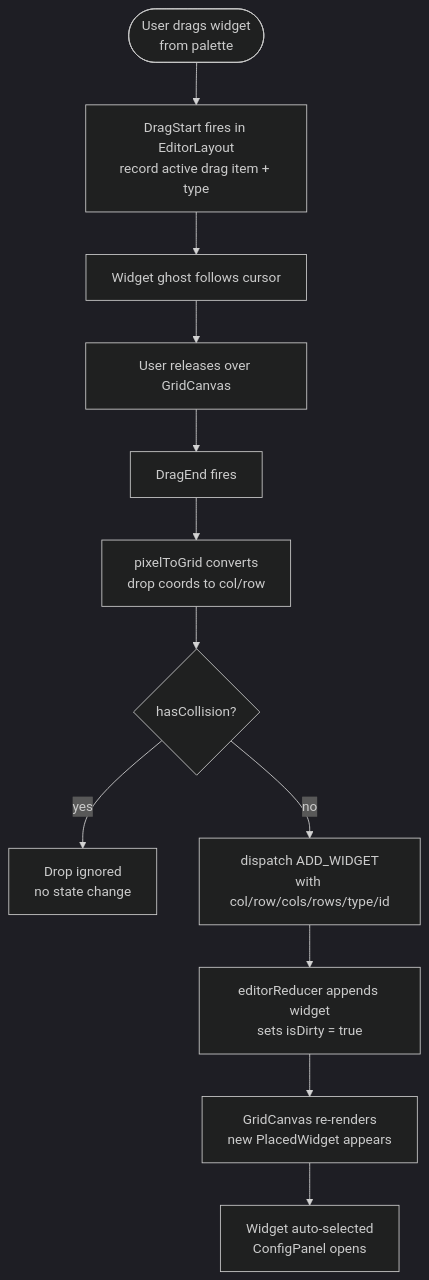
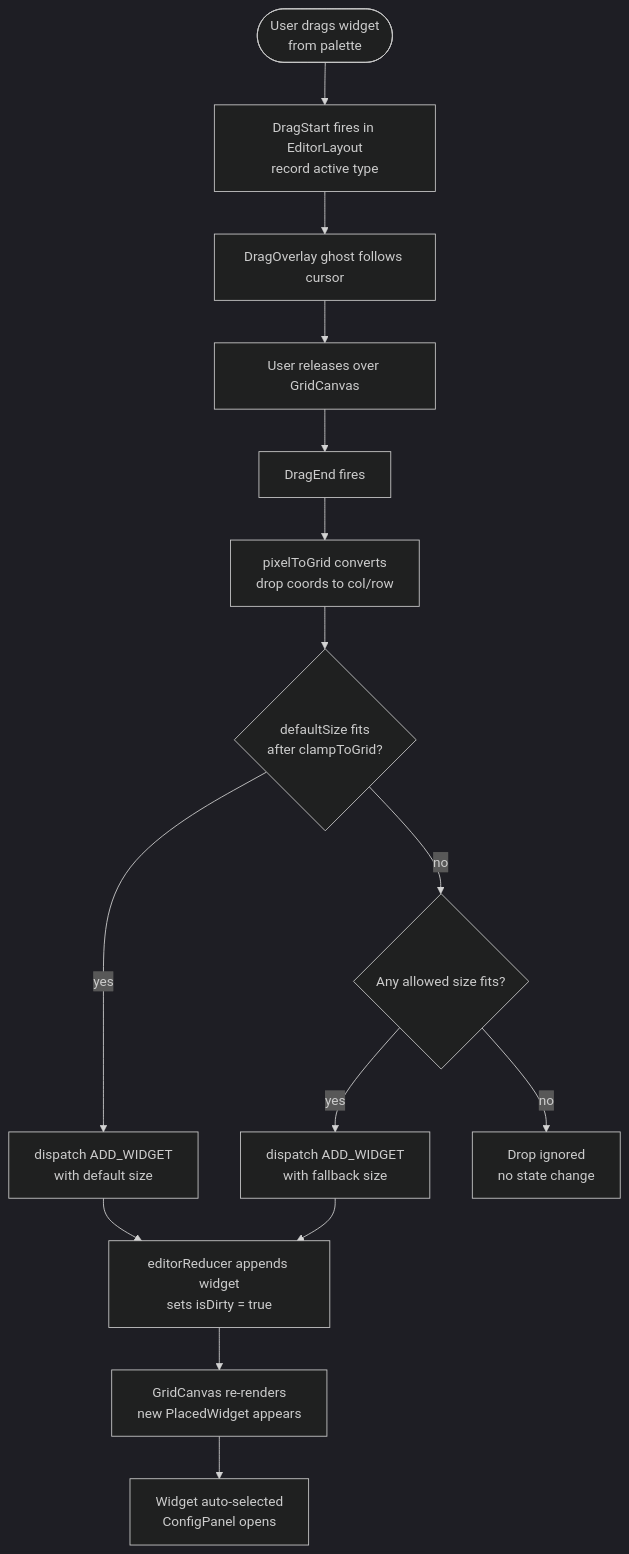
Before and after one commit to evilspoon13/track-web: the second of 7 diagrams in documentation/user-flows.md, drawn with Mermaid (dark theme). The commit also changed other lines of this file and 36 other files, not shown here.

````diff
--- a/documentation/user-flows.md
+++ b/documentation/user-flows.md
@@ -31,14 +36,17 @@
 ```mermaid
 flowchart TD
-    A([User drags widget\nfrom palette]) --> B[DragStart fires in EditorLayout\nrecord active drag item + type]
-    B --> C[Widget ghost follows cursor]
+    A([User drags widget\nfrom palette]) --> B[DragStart fires in EditorLayout\nrecord active type]
+    B --> C[DragOverlay ghost follows cursor]
     C --> D[User releases over GridCanvas]
     D --> E[DragEnd fires]
     E --> F[pixelToGrid converts\ndrop coords to col/row]
-    F --> G{hasCollision?}
-    G -- yes --> H[Drop ignored\nno state change]
-    G -- no --> I[dispatch ADD_WIDGET\nwith col/row/cols/rows/type/id]
+    F --> G{defaultSize fits\nafter clampToGrid?}
+    G -- yes --> I[dispatch ADD_WIDGET\nwith default size]
+    G -- no --> H{Any allowed size fits?}
+    H -- yes --> I2[dispatch ADD_WIDGET\nwith fallback size]
+    H -- no --> X[Drop ignored\nno state change]
     I --> J[editorReducer appends widget\nsets isDirty = true]
+    I2 --> J
     J --> K[GridCanvas re-renders\nnew PlacedWidget appears]
     K --> L[Widget auto-selected\nConfigPanel opens]
 ```
````
